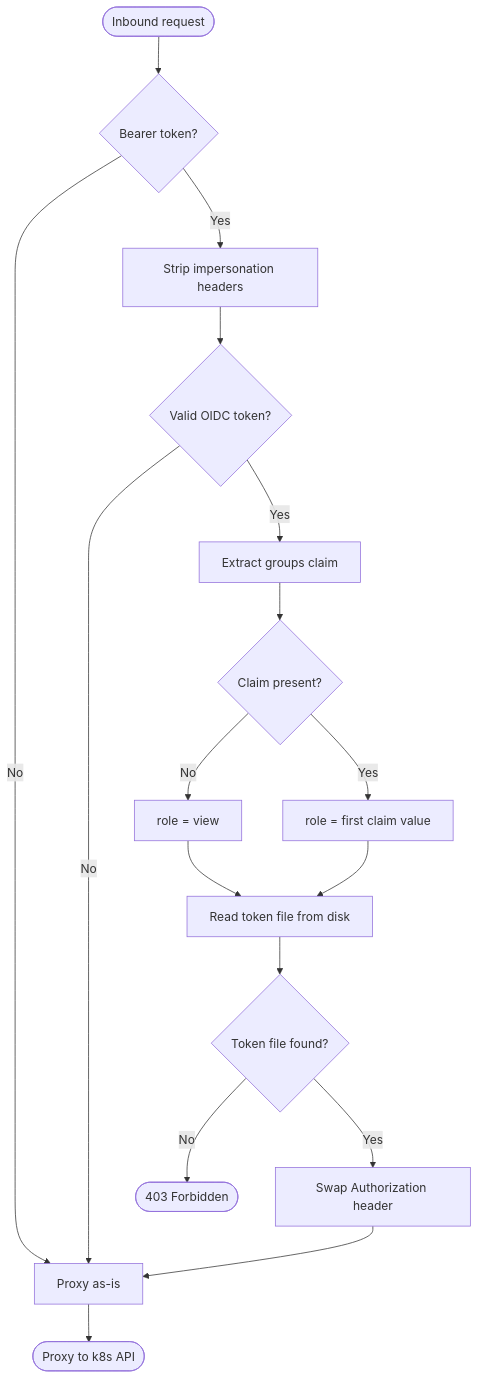
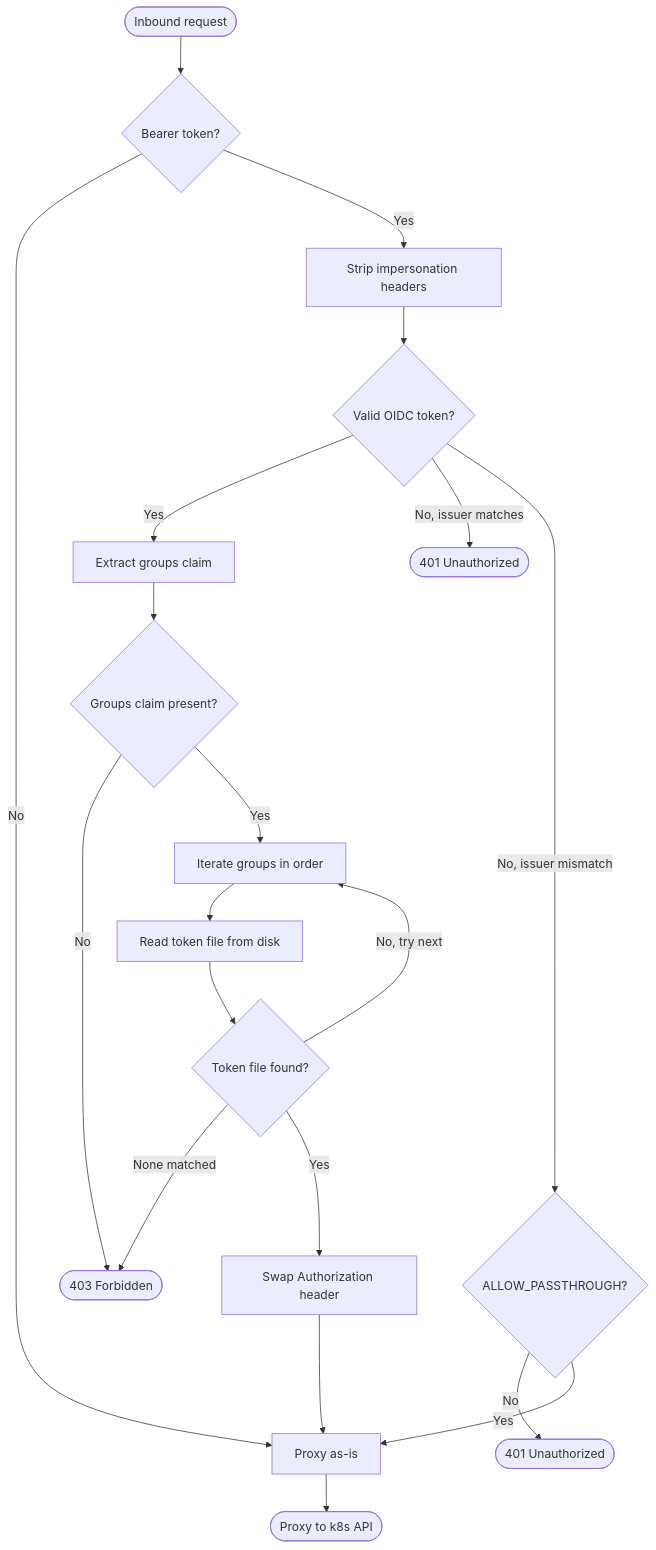
The diagram in docs/auth-logic.md (lajosbencz/doks-oidc-shim), drawn with Mermaid before and after one commit. The commit also changed other lines of this file and 47 other files, not shown here.

````diff
--- a/docs/auth-logic.md
+++ b/docs/auth-logic.md
@@ -3,26 +3,28 @@
 ```mermaid
 flowchart TD
     A([Inbound request]) --> B{Bearer token?}
 
     B -- No --> PT[Proxy as-is]
     B -- Yes --> C[Strip impersonation headers]
 
     C --> D{Valid OIDC token?}
 
-    D -- No --> PT
     D -- Yes --> E[Extract groups claim]
+    D -- No, issuer matches --> U1([401 Unauthorized])
+    D -- No, issuer mismatch --> P{ALLOW_PASSTHROUGH?}
+    P -- No --> U2([401 Unauthorized])
+    P -- Yes --> PT
 
-    E --> F{Claim present?}
-    F -- No --> G[role = view]
-    F -- Yes --> H[role = first claim value]
+    E --> F{Groups claim present?}
+    F -- No --> K([403 Forbidden])
+    F -- Yes --> H[Iterate groups in order]
 
-    G --> I[Read token file from disk]
-    H --> I
-
+    H --> I[Read token file from disk]
     I --> J{Token file found?}
-    J -- No --> K([403 Forbidden])
+    J -- No, try next --> H
+    J -- None matched --> K
     J -- Yes --> L[Swap Authorization header]
 
     L --> PT
     PT --> M([Proxy to k8s API])
 ```
````
